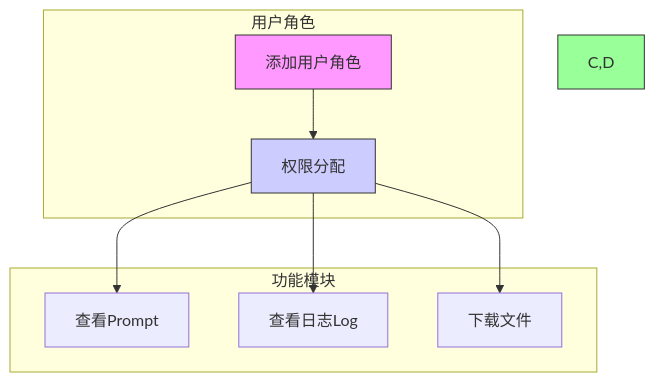
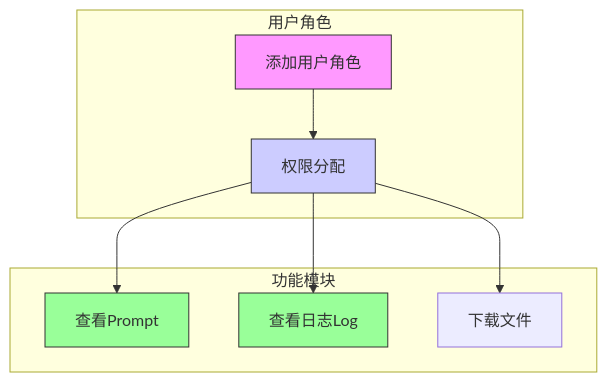
The diagram in all/未命名-2.md (funnyData/iodraw-files), drawn with Mermaid before and after one commit.

Commit message:
2025-03-11 19:20:48 update

````diff
--- a/all/未命名-2.md
+++ b/all/未命名-2.md
@@ -1,16 +1,18 @@
 ```mermaid
 flowchart TD
     subgraph 用户角色
         A[添加用户角色] --> B[权限分配]
     end
 
     subgraph 功能模块
         B --> C[查看Prompt]
         B --> D[查看日志Log]
         B --> E[下载文件]
     end
 
     style A fill:#f9f,stroke:#333
     style B fill:#ccf,stroke:#333
-    style C,D fill:#9f9,stroke:#333
+    style C fill:#9f9,stroke:#333
+    style D fill:#9f9,stroke:#333
+    style C fill:#9f9,stroke:#333
 ```
````
